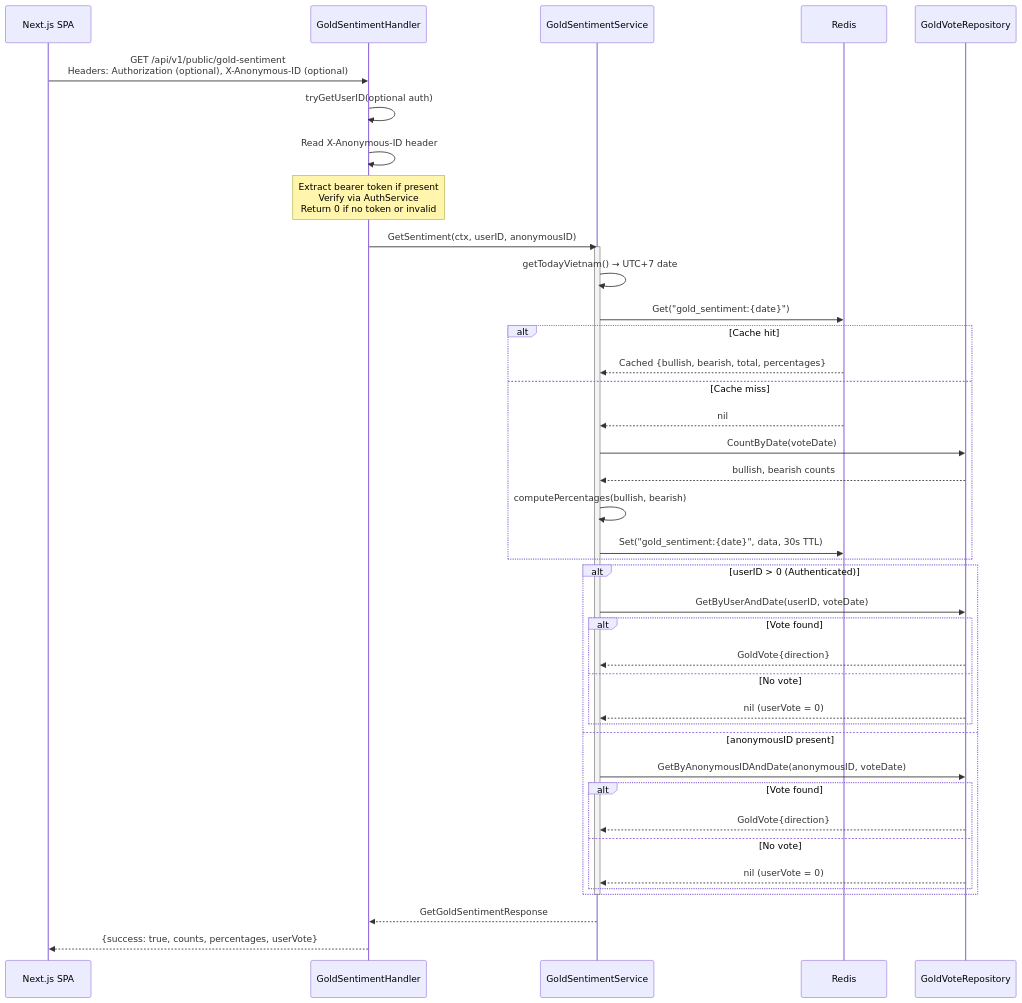
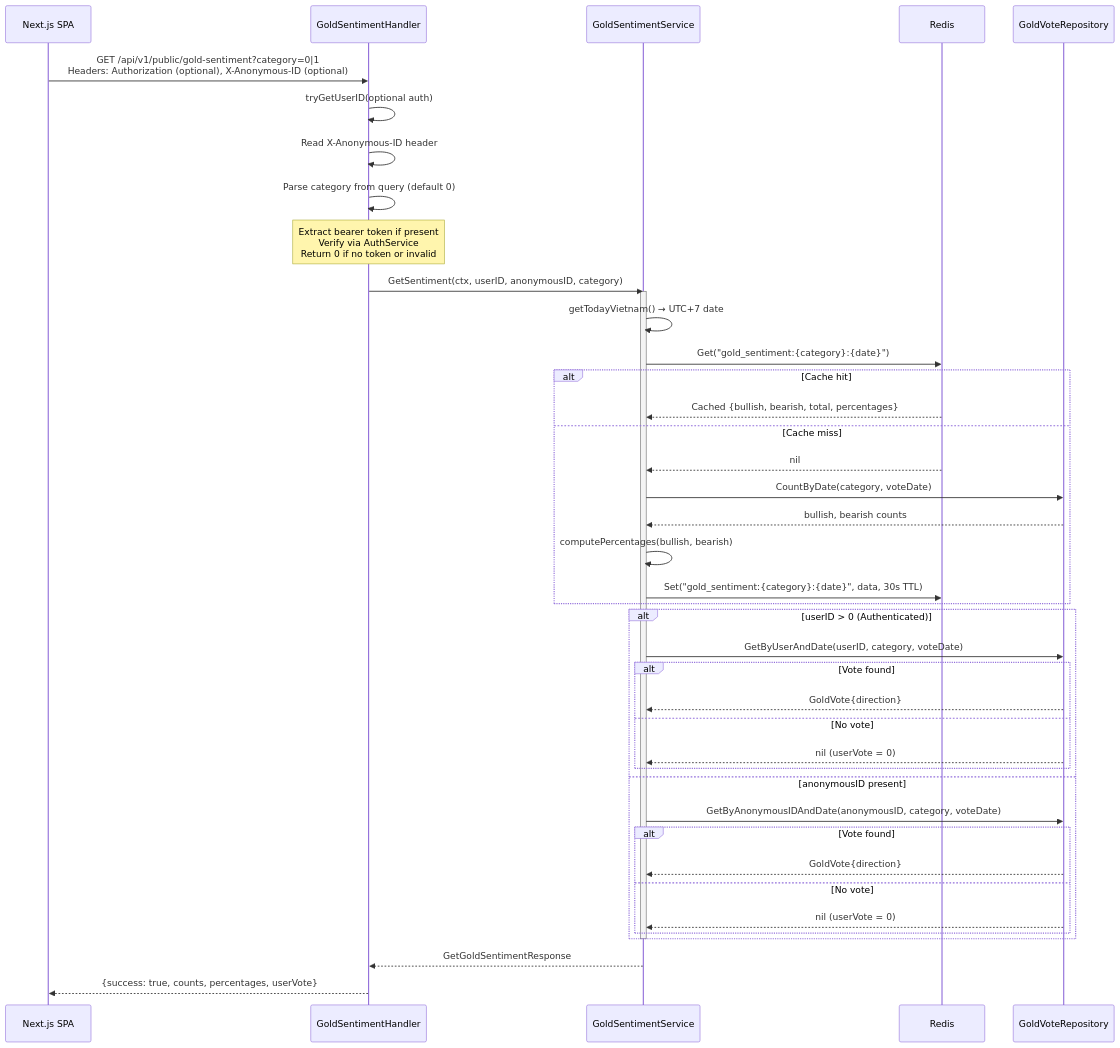
One commit to khanhnq1406/wealth-journey changed the second of 3 diagrams in docs/architecture/flow-gold-sentiment.md. Above: the diagram before and after it, drawn with Mermaid. The commit also changed other lines of this file and 3 other files, not shown here.

First line of the commit message:
docs(architecture): update C4 and flow diagrams for sentiment generalization

````diff
--- a/docs/architecture/flow-gold-sentiment.md
+++ b/docs/architecture/flow-gold-sentiment.md
@@ -102,48 +104,49 @@
 ```mermaid
 sequenceDiagram
     participant SPA as Next.js SPA
     participant H as GoldSentimentHandler
     participant GS as GoldSentimentService
     participant R as Redis
     participant VR as GoldVoteRepository
 
-    SPA->>H: GET /api/v1/public/gold-sentiment<br/>Headers: Authorization (optional), X-Anonymous-ID (optional)
+    SPA->>H: GET /api/v1/public/gold-sentiment?category=0|1<br/>Headers: Authorization (optional), X-Anonymous-ID (optional)
     H->>H: tryGetUserID(optional auth)
     H->>H: Read X-Anonymous-ID header
+    H->>H: Parse category from query (default 0)
     Note over H: Extract bearer token if present<br/>Verify via AuthService<br/>Return 0 if no token or invalid
-    H->>GS: GetSentiment(ctx, userID, anonymousID)
+    H->>GS: GetSentiment(ctx, userID, anonymousID, category)
 
     activate GS
     GS->>GS: getTodayVietnam() → UTC+7 date
-    GS->>R: Get("gold_sentiment:{date}")
+    GS->>R: Get("gold_sentiment:{category}:{date}")
 
     alt Cache hit
         R-->>GS: Cached {bullish, bearish, total, percentages}
     else Cache miss
         R-->>GS: nil
-        GS->>VR: CountByDate(voteDate)
+        GS->>VR: CountByDate(category, voteDate)
         VR-->>GS: bullish, bearish counts
         GS->>GS: computePercentages(bullish, bearish)
-        GS->>R: Set("gold_sentiment:{date}", data, 30s TTL)
+        GS->>R: Set("gold_sentiment:{category}:{date}", data, 30s TTL)
     end
 
     alt userID > 0 (Authenticated)
-        GS->>VR: GetByUserAndDate(userID, voteDate)
+        GS->>VR: GetByUserAndDate(userID, category, voteDate)
         alt Vote found
             VR-->>GS: GoldVote{direction}
         else No vote
             VR-->>GS: nil (userVote = 0)
         end
     else anonymousID present
-        GS->>VR: GetByAnonymousIDAndDate(anonymousID, voteDate)
+        GS->>VR: GetByAnonymousIDAndDate(anonymousID, category, voteDate)
         alt Vote found
             VR-->>GS: GoldVote{direction}
         else No vote
             VR-->>GS: nil (userVote = 0)
         end
     end
     deactivate GS
 
     GS-->>H: GetGoldSentimentResponse
     H-->>SPA: {success: true, counts, percentages, userVote}
 ```
````
